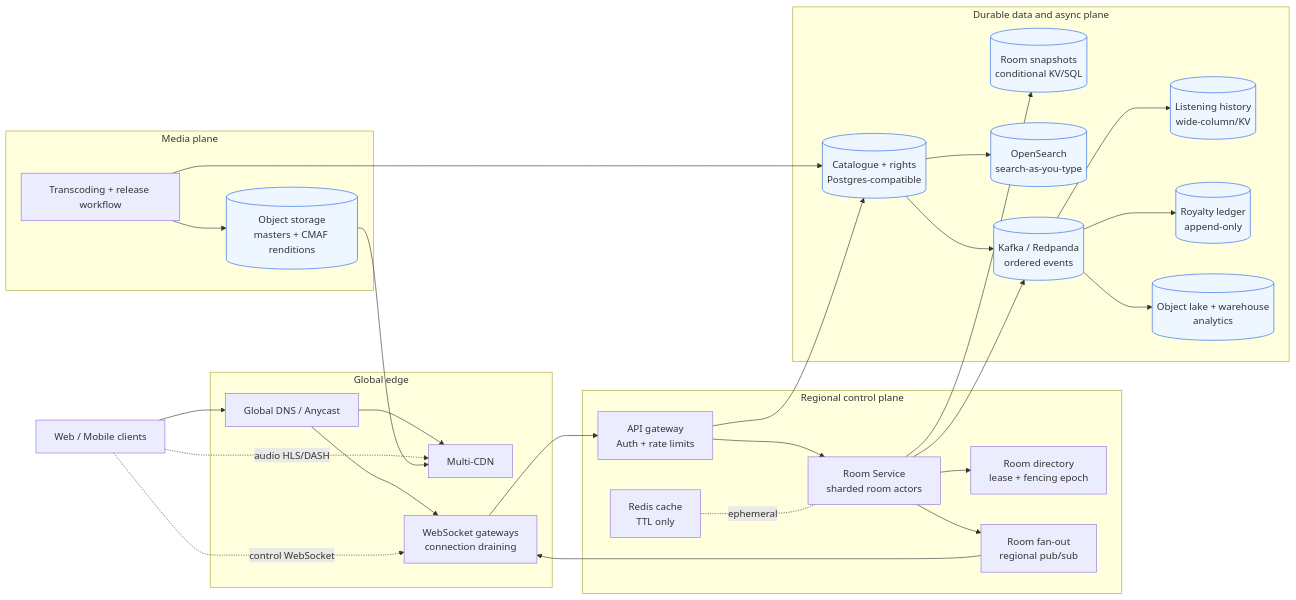
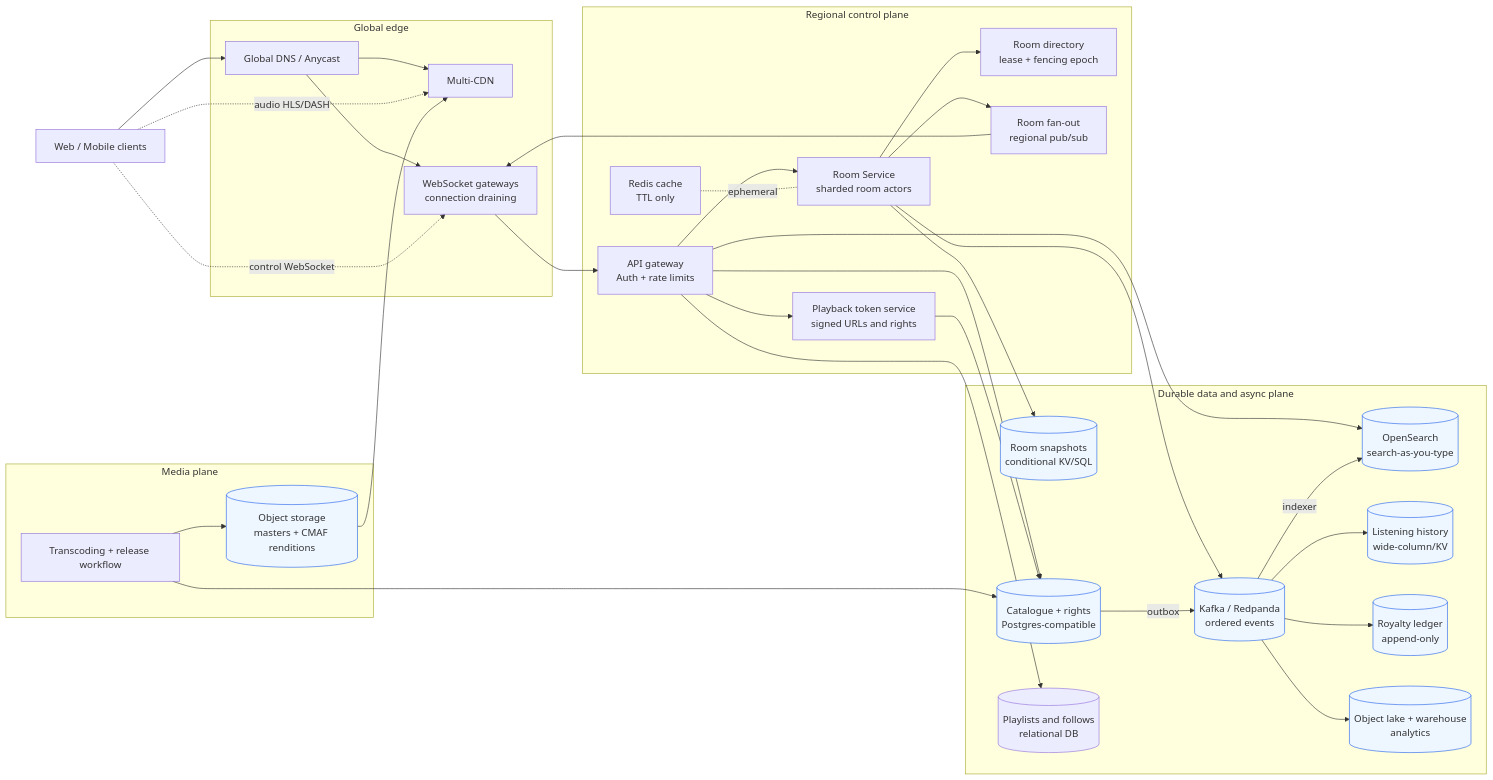
The diagram in question-2/docs/diagrams/architecture.mmd (soumyarajbag/Sapien-Robotics-Assessment), drawn with Mermaid before and after one commit. The commit also changed 2 other files, not shown here.

Commit message:
docs(question-2): align architecture and pause diagrams

```diff
--- a/question-2/docs/diagrams/architecture.mmd
+++ b/question-2/docs/diagrams/architecture.mmd
@@ -1,57 +1,63 @@
 flowchart LR
     U[Web / Mobile clients]
 
     subgraph Edge[Global edge]
         DNS[Global DNS / Anycast]
         CDN[Multi-CDN]
         WSG[WebSocket gateways<br/>connection draining]
     end
 
     subgraph Control[Regional control plane]
         API[API gateway<br/>Auth + rate limits]
         RS[Room Service<br/>sharded room actors]
         DIR[Room directory<br/>lease + fencing epoch]
         FAN[Room fan-out<br/>regional pub/sub]
         CACHE[Redis cache<br/>TTL only]
+        TOKEN[Playback token service<br/>signed URLs and rights]
     end
 
     subgraph Data[Durable data and async plane]
         ROOM[(Room snapshots<br/>conditional KV/SQL)]
         CAT[(Catalogue + rights<br/>Postgres-compatible)]
         SEARCH[(OpenSearch<br/>search-as-you-type)]
         BUS[(Kafka / Redpanda<br/>ordered events)]
         HIST[(Listening history<br/>wide-column/KV)]
         LEDGER[(Royalty ledger<br/>append-only)]
         LAKE[(Object lake + warehouse<br/>analytics)]
+        PLAY[(Playlists and follows<br/>relational DB)]
     end
 
     subgraph Media[Media plane]
         OBJ[(Object storage<br/>masters + CMAF renditions)]
         TRANS[Transcoding + release workflow]
     end
 
     U --> DNS
     DNS --> WSG
     DNS --> CDN
     U -. control WebSocket .-> WSG
     U -. audio HLS/DASH .-> CDN
     WSG --> API
     API --> RS
+    API --> SEARCH
+    API --> TOKEN
+    API --> PLAY
     RS --> DIR
     RS --> ROOM
     RS --> FAN
     FAN --> WSG
     RS --> BUS
     API --> CAT
-    CAT --> SEARCH
-    CAT --> BUS
+    TOKEN --> CAT
+    CAT -->|outbox| BUS
+    BUS -->|indexer| SEARCH
     BUS --> HIST
     BUS --> LEDGER
     BUS --> LAKE
     TRANS --> OBJ
     TRANS --> CAT
     OBJ --> CDN
     CACHE -. ephemeral .- RS
 
     classDef store fill:#eef6ff,stroke:#2563eb,stroke-width:1px;
     class ROOM,CAT,SEARCH,BUS,HIST,LEDGER,LAKE,OBJ store;
```
